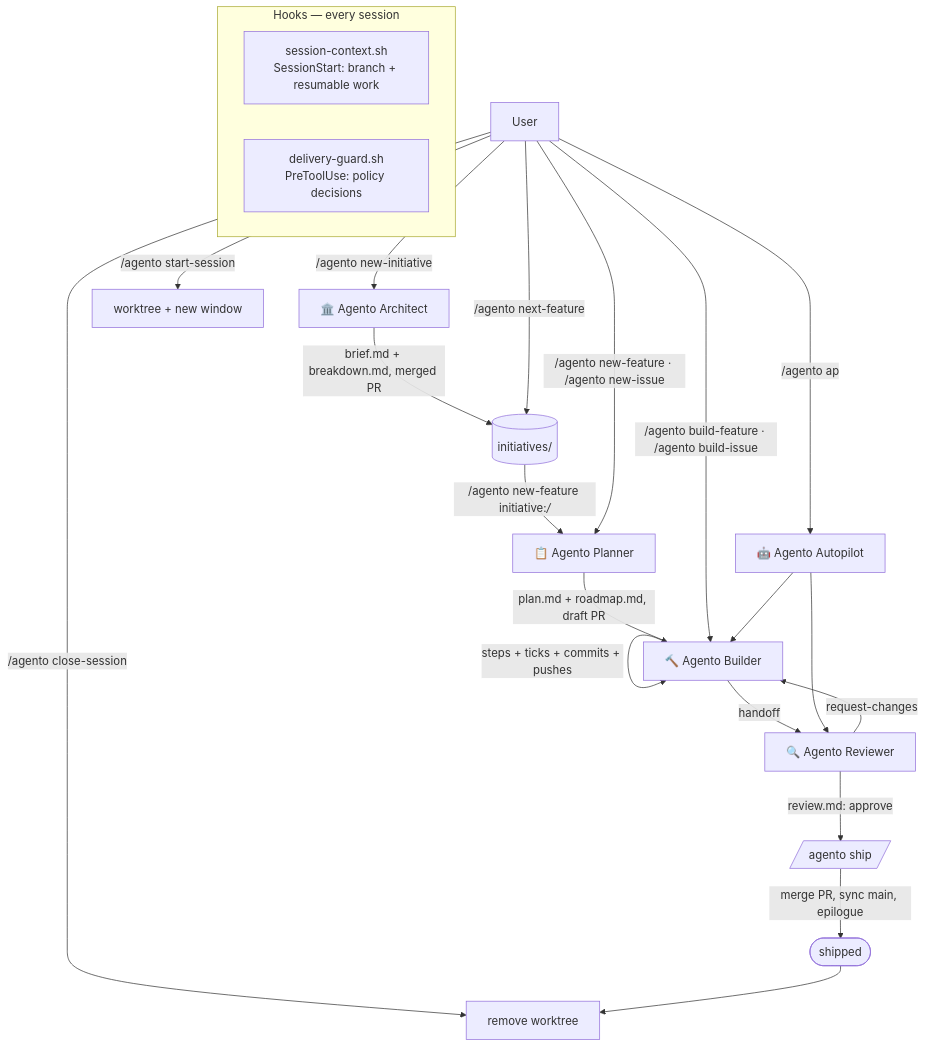
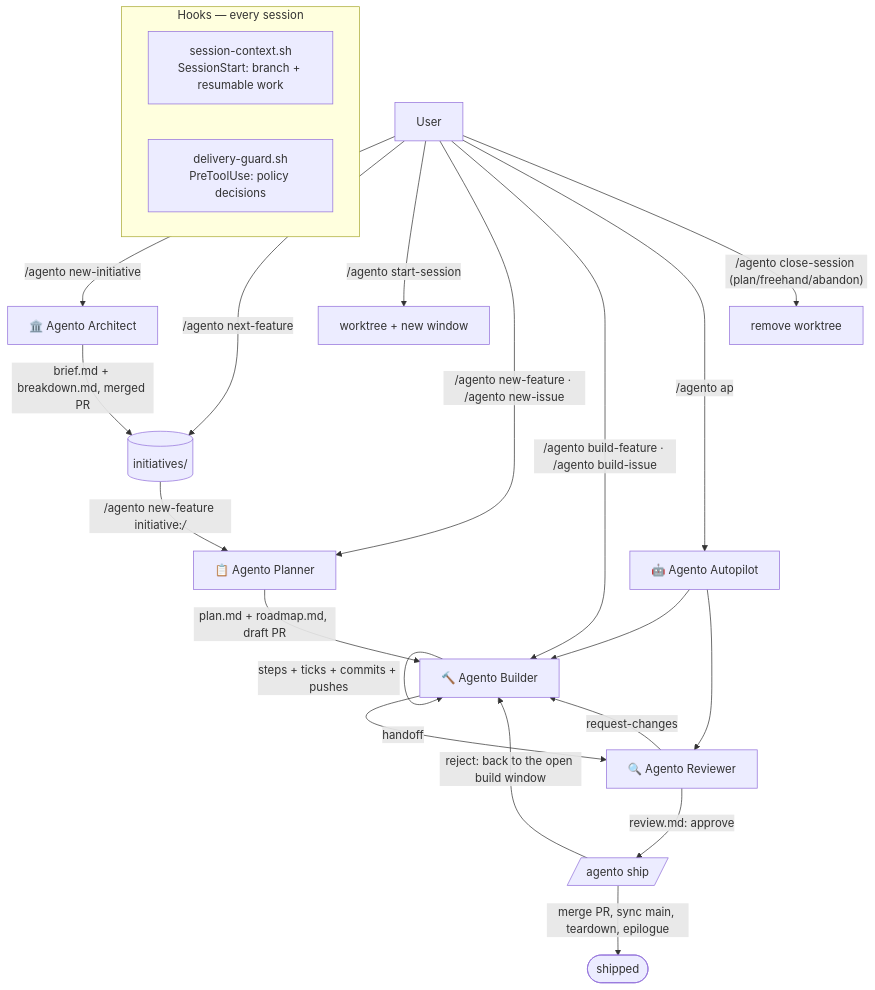
Before and after one commit to david-perry-software/agento: the diagram in docs/architecture.md, drawn with Mermaid. The commit also changed 4 other files, not shown here.

First line of the commit message:
docs(ship-audit-first): ship-first README, commands, architecture, changelog (step 4.2)

````diff
--- a/docs/architecture.md
+++ b/docs/architecture.md
@@ -3,26 +3,26 @@
 ```mermaid
 flowchart TD
     U[User] -->|"/agento new-initiative"| A[🏛️ Agento Architect]
     A -->|"brief.md + breakdown.md, merged PR"| INIT[(initiatives/)]
     U -->|"/agento next-feature"| INIT
     INIT -->|"/agento new-feature initiative:<i>/<f>"| P
     U -->|"/agento start-session"| SS[worktree + new window]
     U -->|"/agento new-feature · /agento new-issue"| P[📋 Agento Planner]
     P -->|plan.md + roadmap.md, draft PR| B
     U -->|"/agento build-feature · /agento build-issue"| B[🔨 Agento Builder]
     B -->|"steps + ticks + commits + pushes"| B
     B -->|handoff| R[🔍 Agento Reviewer]
     R -->|review.md: approve| SHIP[/agento ship/]
     R -->|request-changes| B
     U -->|"/agento ap"| AP[🤖 Agento Autopilot]
     AP --> B
     AP --> R
-    SHIP -->|merge PR, sync main, epilogue| DONE([shipped])
-    U -->|"/agento close-session"| CLOSE[remove worktree]
-    DONE --> CLOSE
+    SHIP -->|"reject: back to the open build window"| B
+    SHIP -->|"merge PR, sync main, teardown, epilogue"| DONE([shipped])
+    U -->|"/agento close-session (plan/freehand/abandon)"| CLOSE[remove worktree]
 
     subgraph hooks [Hooks — every session]
         SC[session-context.sh<br/>SessionStart: branch + resumable work]
         DG[delivery-guard.sh<br/>PreToolUse: policy decisions]
     end
 ```
````
